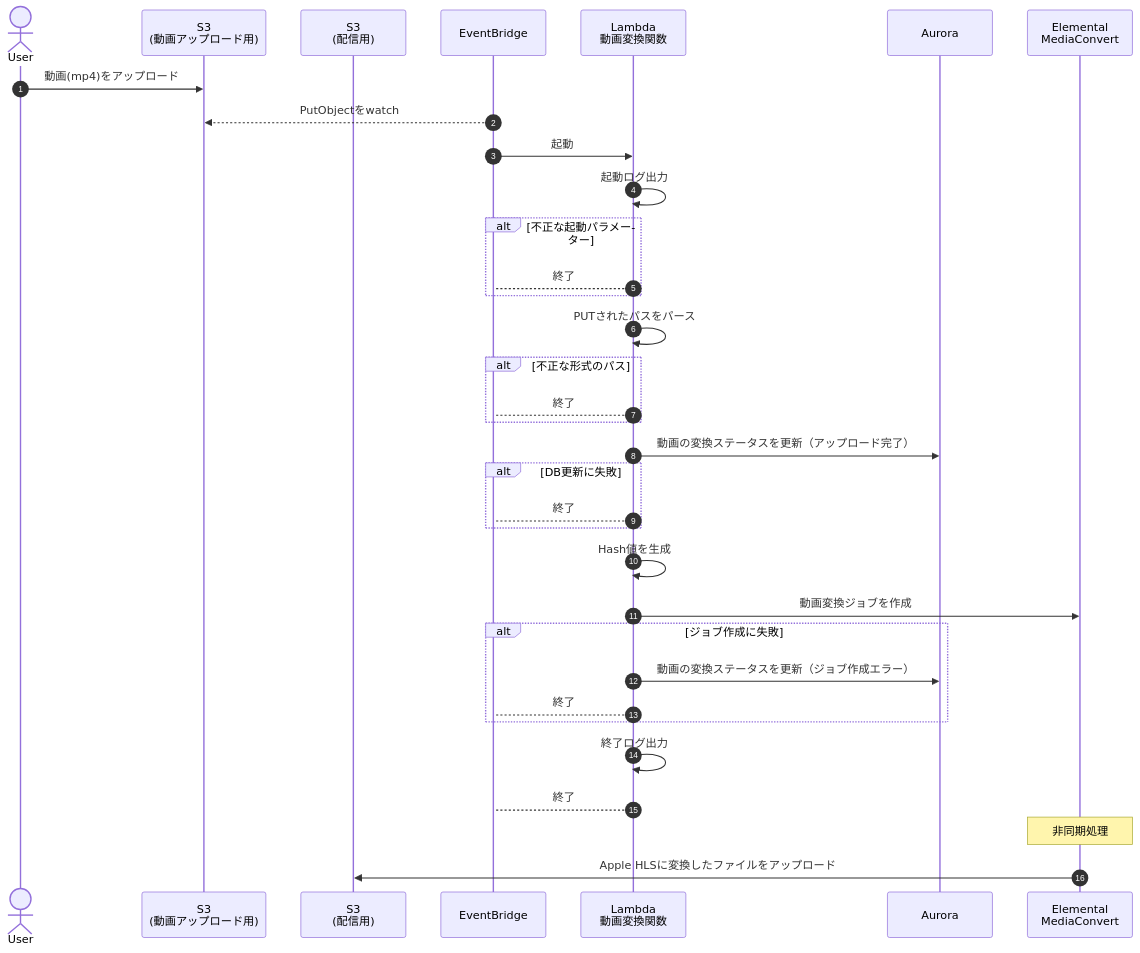
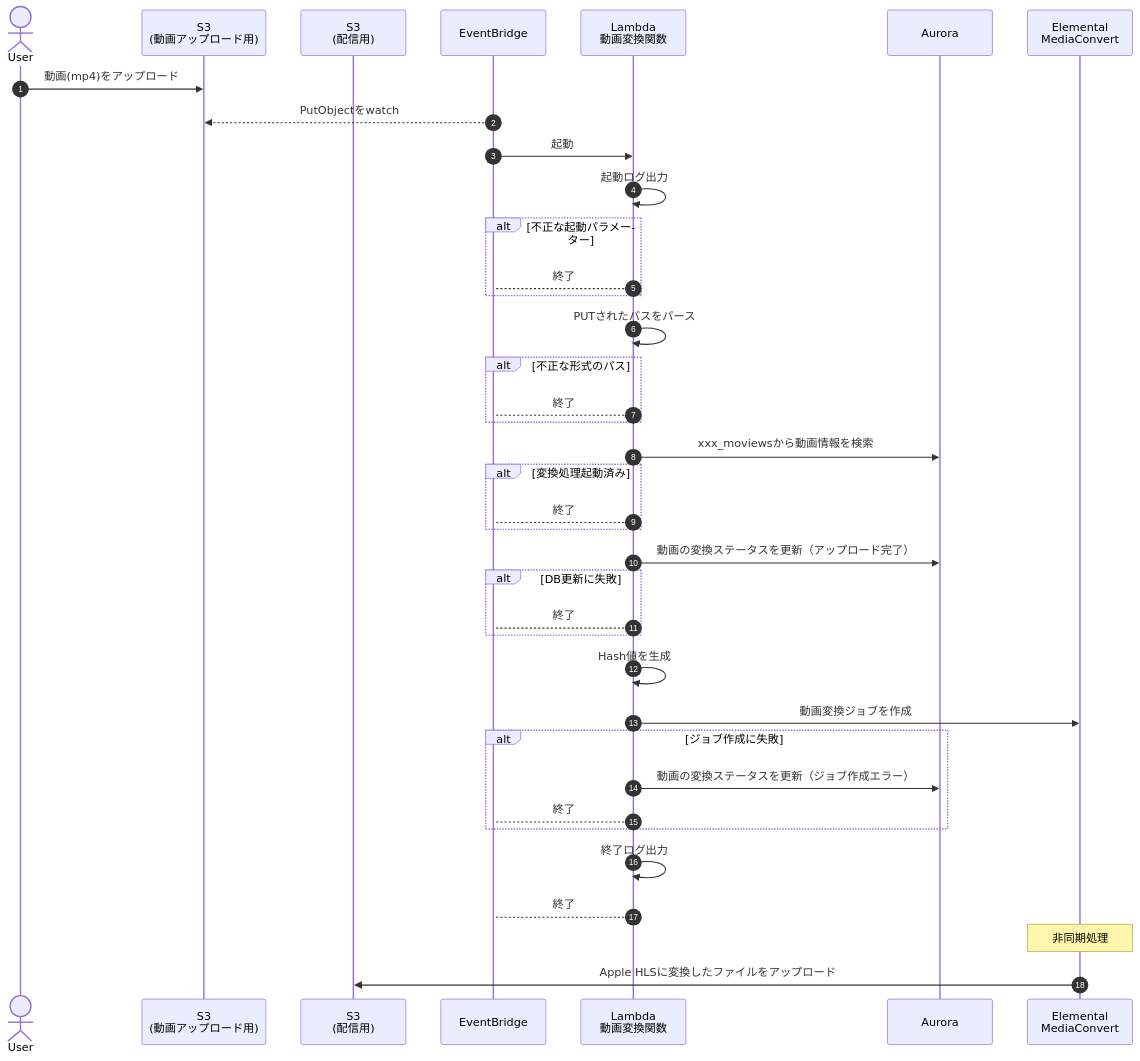
Before and after one commit to revenue-hack/dotfiles: the diagram in docs/lambda/convert_function.md, drawn with Mermaid. The commit also changed other lines of this file, not shown here.

Commit message:
変換ステータスのチェック処理を追加

````diff
--- a/docs/lambda/convert_function.md
+++ b/docs/lambda/convert_function.md
@@ -3,44 +3,49 @@
 ```mermaid
 sequenceDiagram
     autonumber
     actor User as User
     participant S3_origin as S3<br>(動画アップロード用)
     participant S3_deliv as S3<br>(配信用)
     participant EB as EventBridge
     participant Lambda as Lambda<br>動画変換関数
     participant DB as Aurora
     participant MC as Elemental<br>MediaConvert
 
     User->>S3_origin: 動画(mp4)をアップロード
     EB-->>S3_origin: PutObjectをwatch
     EB->>Lambda: 起動
 
     Lambda->>Lambda: 起動ログ出力
 
     alt 不正な起動パラメーター
       Lambda-->EB: 終了
     end
 
     Lambda->>Lambda: PUTされたパスをパース
     alt 不正な形式のパス
       Lambda-->EB: 終了
     end
 
+    Lambda->>DB: xxx_moviewsから動画情報を検索
+    alt 変換処理起動済み
+      Lambda-->EB: 終了
+    end
+
     Lambda->>DB: 動画の変換ステータスを更新（アップロード完了）
     alt DB更新に失敗
       Lambda-->EB: 終了
     end
 
     Lambda->>Lambda: Hash値を生成
     Lambda->>MC: 動画変換ジョブを作成
     alt ジョブ作成に失敗
       Lambda->>DB: 動画の変換ステータスを更新（ジョブ作成エラー）
       Lambda-->EB: 終了
     end
 
     Lambda->>Lambda: 終了ログ出力
     Lambda-->EB: 終了
 
     Note over MC: 非同期処理
     MC->>S3_deliv: Apple HLSに変換したファイルをアップロード
 ```
````
